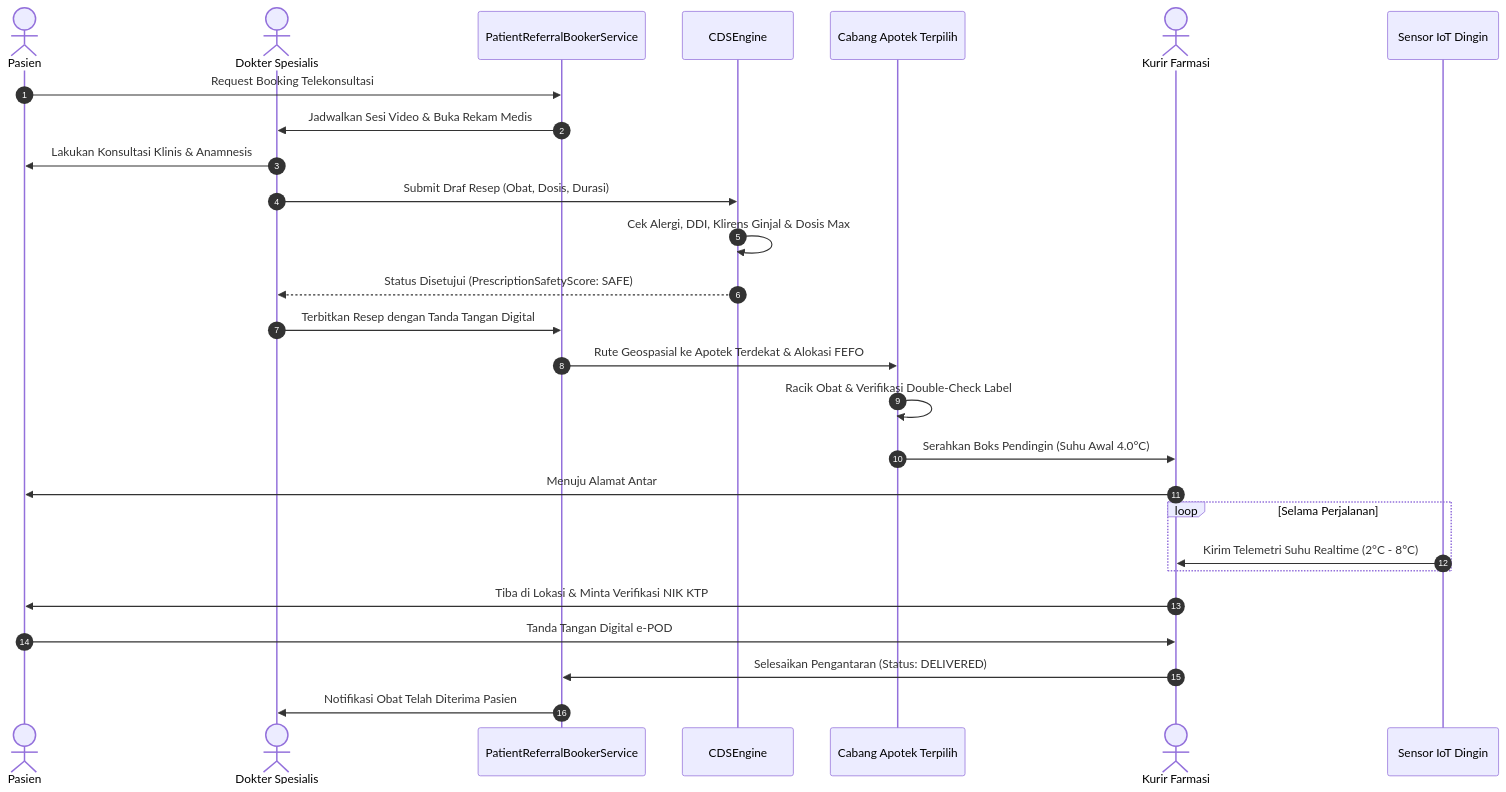
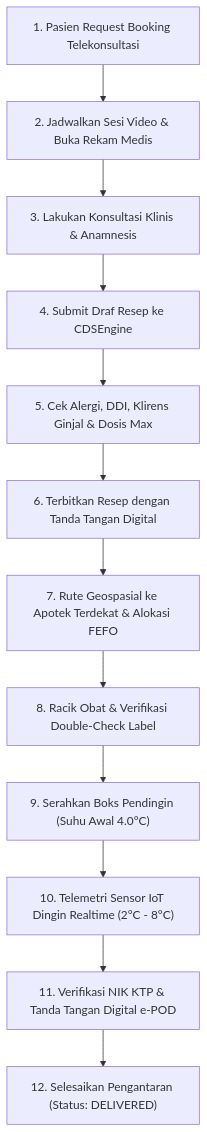
The second of 3 diagrams in docs/fase-104/12_arsitektur_integrasi_sistem_dan_diagram_urutan.md (Orls967/SuperWeb), drawn with Mermaid before and after one commit. The commit also changed other lines of this file and 1 other file, not shown here.

Commit message:
fix(hospital): encrypt pod_recipient_nik and use flowchart for diagrams

````diff
--- a/docs/fase-104/12_arsitektur_integrasi_sistem_dan_diagram_urutan.md
+++ b/docs/fase-104/12_arsitektur_integrasi_sistem_dan_diagram_urutan.md
@@ -55,30 +55,14 @@
 ```mermaid
-sequenceDiagram
-    autonumber
-    actor Pasien as Pasien
-    actor Dokter as Dokter Spesialis
-    participant K30 as PatientReferralBookerService
-    participant CDS as CDSEngine
-    participant Apotek as Cabang Apotek Terpilih
-    actor Kurir as Kurir Farmasi
-    participant Sensor as Sensor IoT Dingin
-
-    Pasien->>K30: Request Booking Telekonsultasi
-    K30->>Dokter: Jadwalkan Sesi Video & Buka Rekam Medis
-    Dokter->>Pasien: Lakukan Konsultasi Klinis & Anamnesis
-    Dokter->>CDS: Submit Draf Resep (Obat, Dosis, Durasi)
-    CDS->>CDS: Cek Alergi, DDI, Klirens Ginjal & Dosis Max
-    CDS-->>Dokter: Status Disetujui (PrescriptionSafetyScore: SAFE)
-    Dokter->>K30: Terbitkan Resep dengan Tanda Tangan Digital
-    K30->>Apotek: Rute Geospasial ke Apotek Terdekat & Alokasi FEFO
-    Apotek->>Apotek: Racik Obat & Verifikasi Double-Check Label
-    Apotek->>Kurir: Serahkan Boks Pendingin (Suhu Awal 4.0°C)
-    Kurir->>Pasien: Menuju Alamat Antar
-    loop Selama Perjalanan
-        Sensor->>Kurir: Kirim Telemetri Suhu Realtime (2°C - 8°C)
-    end
-    Kurir->>Pasien: Tiba di Lokasi & Minta Verifikasi NIK KTP
-    Pasien->>Kurir: Tanda Tangan Digital e-POD
-    Kurir->>K30: Selesaikan Pengantaran (Status: DELIVERED)
-    K30->>Dokter: Notifikasi Obat Telah Diterima Pasien
+flowchart TD
+    P1["1. Pasien Request Booking Telekonsultasi"] --> P2["2. Jadwalkan Sesi Video & Buka Rekam Medis"]
+    P2 --> P3["3. Lakukan Konsultasi Klinis & Anamnesis"]
+    P3 --> P4["4. Submit Draf Resep ke CDSEngine"]
+    P4 --> P5["5. Cek Alergi, DDI, Klirens Ginjal & Dosis Max"]
+    P5 --> P6["6. Terbitkan Resep dengan Tanda Tangan Digital"]
+    P6 --> P7["7. Rute Geospasial ke Apotek Terdekat & Alokasi FEFO"]
+    P7 --> P8["8. Racik Obat & Verifikasi Double-Check Label"]
+    P8 --> P9["9. Serahkan Boks Pendingin (Suhu Awal 4.0°C)"]
+    P9 --> P10["10. Telemetri Sensor IoT Dingin Realtime (2°C - 8°C)"]
+    P10 --> P11["11. Verifikasi NIK KTP & Tanda Tangan Digital e-POD"]
+    P11 --> P12["12. Selesaikan Pengantaran (Status: DELIVERED)"]
 ```
````
